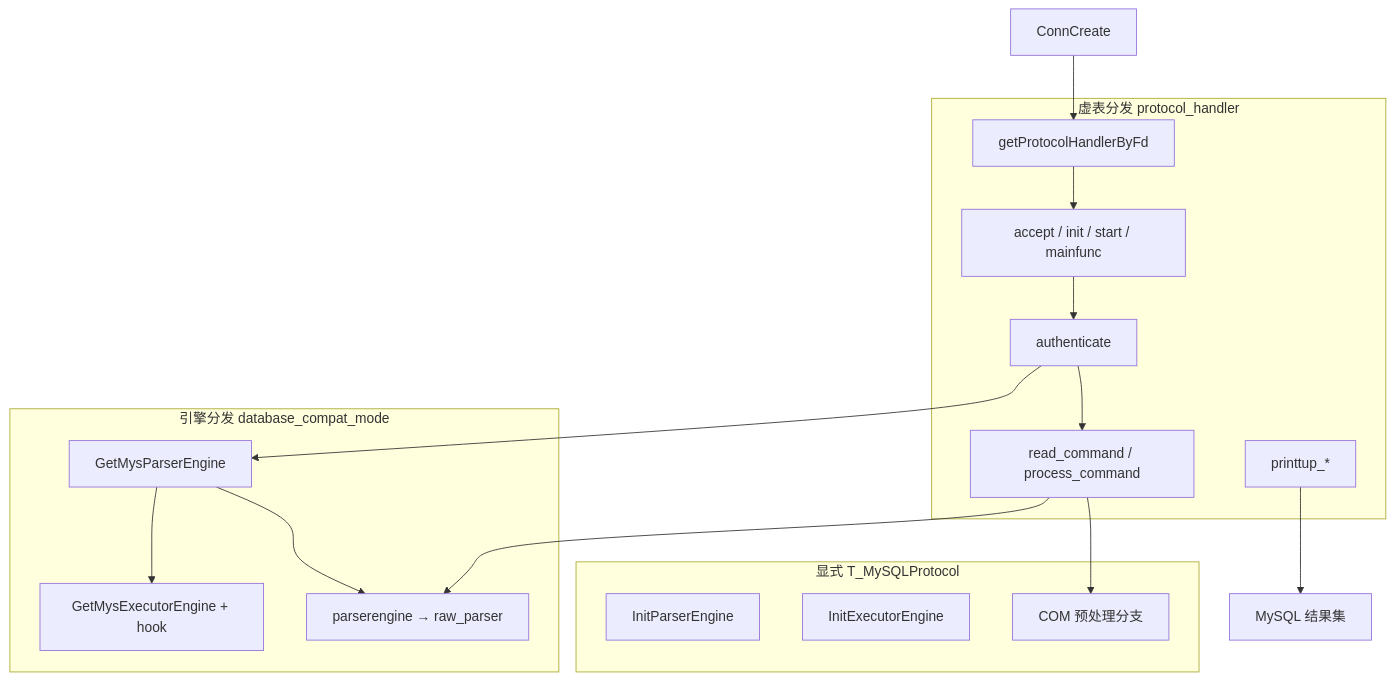
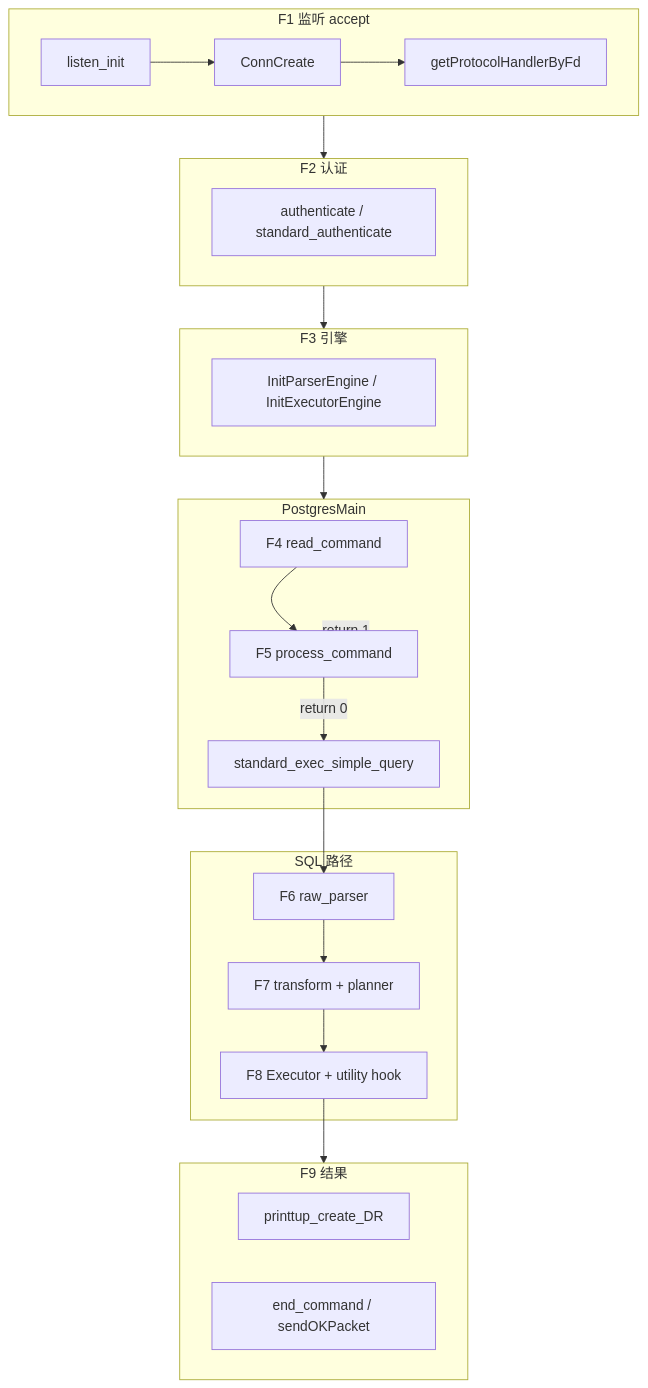
One commit to Meta11ic0/fluffynotes changed the second of 2 diagrams in database/openhalo/openhalo-mysql-compatibility.md. Above: the diagram before and after it, drawn with Mermaid. The commit also changed other lines of this file, not shown here.

````diff
--- a/database/openhalo/openhalo-mysql-compatibility.md
+++ b/database/openhalo/openhalo-mysql-compatibility.md
@@ -187,28 +883,32 @@
 ```mermaid
 flowchart TB
-    subgraph Fork1[虚表分发 protocol_handler]
-        F1A[getProtocolHandlerByFd]
-        F1B[accept / init / start / mainfunc]
-        F1C[authenticate]
-        F1D[read_command / process_command]
-        F1E[printtup_*]
+    subgraph F1[F1 监听 accept]
+        L[listen_init] --> CC[ConnCreate]
+        CC --> GPH[getProtocolHandlerByFd]
     end
-    subgraph Fork2[显式 T_MySQLProtocol]
-        F2A[InitParserEngine]
-        F2B[InitExecutorEngine]
-        F2C[COM 预处理分支]
+    subgraph F2[F2 认证]
+        AUTH[authenticate / standard_authenticate]
     end
-    subgraph Fork3[引擎分发 database_compat_mode]
-        F3A[GetMysParserEngine]
-        F3B[parserengine → raw_parser]
-        F3C[GetMysExecutorEngine + hook]
+    subgraph F3[F3 引擎]
+        IE[InitParserEngine / InitExecutorEngine]
     end
-    CC[ConnCreate] --> F1A --> F1B
-    F1B --> F1C --> F1D
-    F1D --> F2C
-    F1C --> F3A
-    F1D --> F3B
-    F3A --> F3B
-    F3A --> F3C
-    F1E --> PT[MySQL 结果集]
+    subgraph Loop[PostgresMain]
+        F4[F4 read_command]
+        F5[F5 process_command]
+        ESQ[standard_exec_simple_query]
+    end
+    subgraph SQL[SQL 路径]
+        F6[F6 raw_parser]
+        F7[F7 transform + planner]
+        F8[F8 Executor + utility hook]
+    end
+    subgraph F9[F9 结果]
+        PT[printtup_create_DR]
+        EC[end_command / sendOKPacket]
+    end
+    F1 --> F2 --> F3 --> Loop
+    F4 --> F5
+    F5 -->|return 0| ESQ
+    F5 -->|return 1| Loop
+    ESQ --> F6 --> F7 --> F8 --> F9
 ```
````
